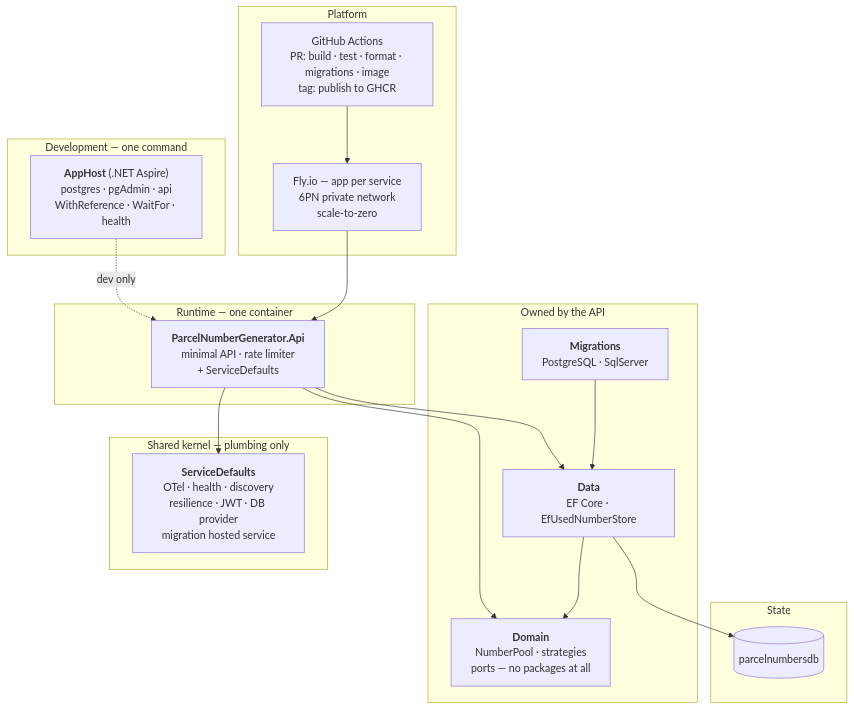
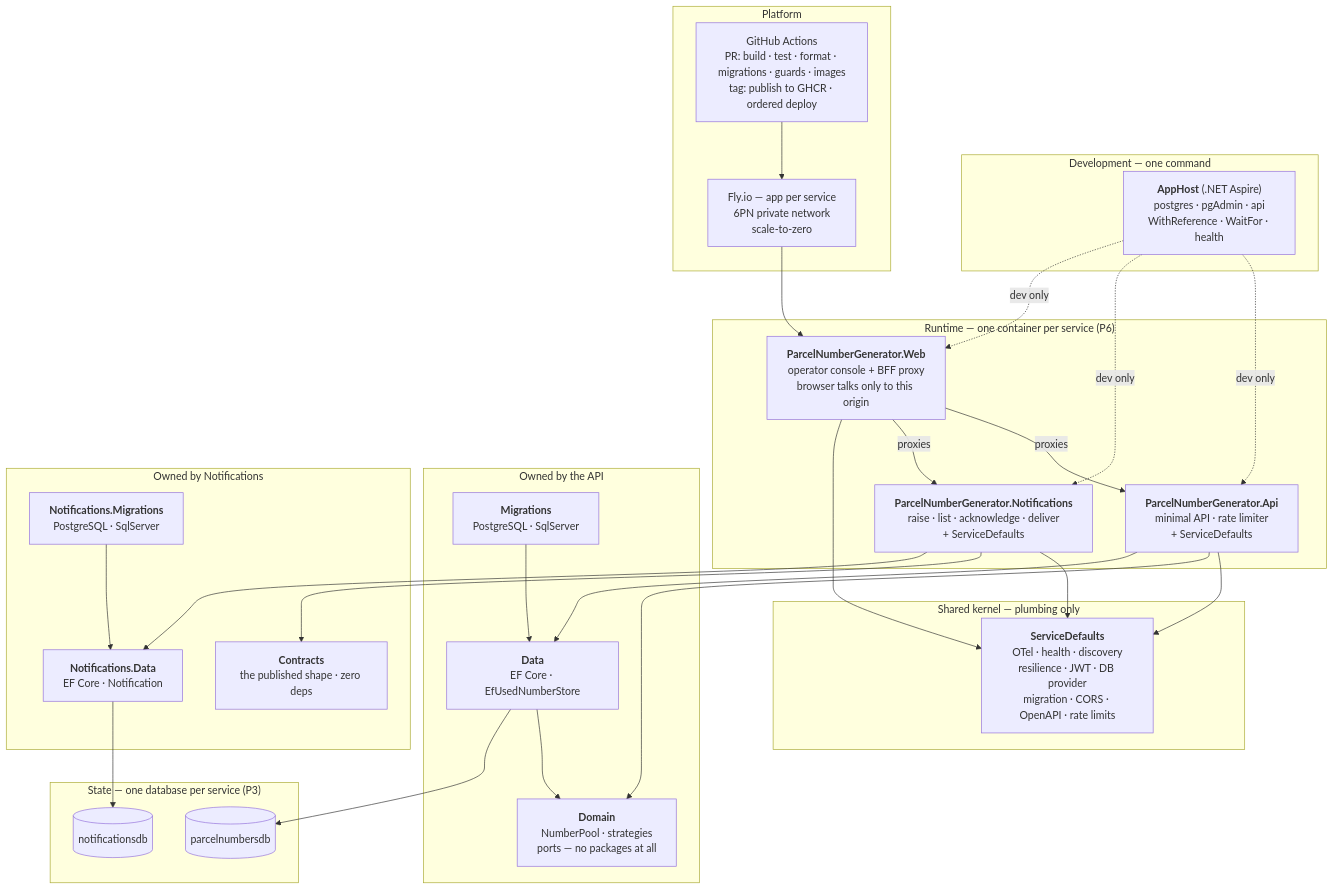
Before and after one commit to konradcinkusz/parcel-number-generator: the diagram in docs/architecture/03-TARGET-ARCHITECTURE.md, drawn with Mermaid. The commit also changed other lines of this file and 90 other files, not shown here.

````diff
--- a/docs/architecture/03-TARGET-ARCHITECTURE.md
+++ b/docs/architecture/03-TARGET-ARCHITECTURE.md
@@ -8,39 +8,58 @@
 ```mermaid
 flowchart TB
     subgraph Dev["Development — one command"]
         AH["<b>AppHost</b> (.NET Aspire)<br/>postgres · pgAdmin · api<br/>WithReference · WaitFor · health"]
     end
 
-    subgraph Runtime["Runtime — one container"]
+    subgraph Runtime["Runtime — one container per service (P6)"]
+        WEB["<b>ParcelNumberGenerator.Web</b><br/>operator console + BFF proxy<br/>browser talks only to this origin"]
         API["<b>ParcelNumberGenerator.Api</b><br/>minimal API · rate limiter<br/>+ ServiceDefaults"]
+        NOTIF["<b>ParcelNumberGenerator.Notifications</b><br/>raise · list · acknowledge · deliver<br/>+ ServiceDefaults"]
     end
 
     subgraph Owned["Owned by the API"]
         DOM["<b>Domain</b><br/>NumberPool · strategies<br/>ports — no packages at all"]
         DATA["<b>Data</b><br/>EF Core · EfUsedNumberStore"]
         MIG["<b>Migrations</b><br/>PostgreSQL · SqlServer"]
     end
 
-    subgraph Kernel["Shared kernel — plumbing only"]
-        SD["<b>ServiceDefaults</b><br/>OTel · health · discovery<br/>resilience · JWT · DB provider<br/>migration hosted service"]
+    subgraph OwnedN["Owned by Notifications"]
+        NDATA["<b>Notifications.Data</b><br/>EF Core · Notification"]
+        NMIG["<b>Notifications.Migrations</b><br/>PostgreSQL · SqlServer"]
+        CONTRACTS["<b>Contracts</b><br/>the published shape · zero deps"]
     end
 
-    subgraph State["State"]
+    subgraph Kernel["Shared kernel — plumbing only"]
+        SD["<b>ServiceDefaults</b><br/>OTel · health · discovery<br/>resilience · JWT · DB provider<br/>migration · CORS · OpenAPI · rate limits"]
+    end
+
+    subgraph State["State — one database per service (P3)"]
         DB[("parcelnumbersdb")]
+        NDB[("notificationsdb")]
     end
 
     subgraph Platform["Platform"]
         FLY["Fly.io — app per service<br/>6PN private network<br/>scale-to-zero"]
-        CI["GitHub Actions<br/>PR: build · test · format · migrations · image<br/>tag: publish to GHCR"]
+        CI["GitHub Actions<br/>PR: build · test · format · migrations · guards · images<br/>tag: publish to GHCR · ordered deploy"]
     end
 
     AH -.->|"dev only"| API
+    AH -.->|"dev only"| NOTIF
+    AH -.->|"dev only"| WEB
+    WEB -->|"proxies"| API
+    WEB -->|"proxies"| NOTIF
     API --> SD
+    NOTIF --> SD
+    WEB --> SD
     API --> DOM
     API --> DATA
     DATA --> DOM
     MIG --> DATA
     DATA --> DB
+    NOTIF --> CONTRACTS
+    NOTIF --> NDATA
+    NMIG --> NDATA
+    NDATA --> NDB
     CI --> FLY
-    FLY --> API
+    FLY --> WEB
 ```
````
